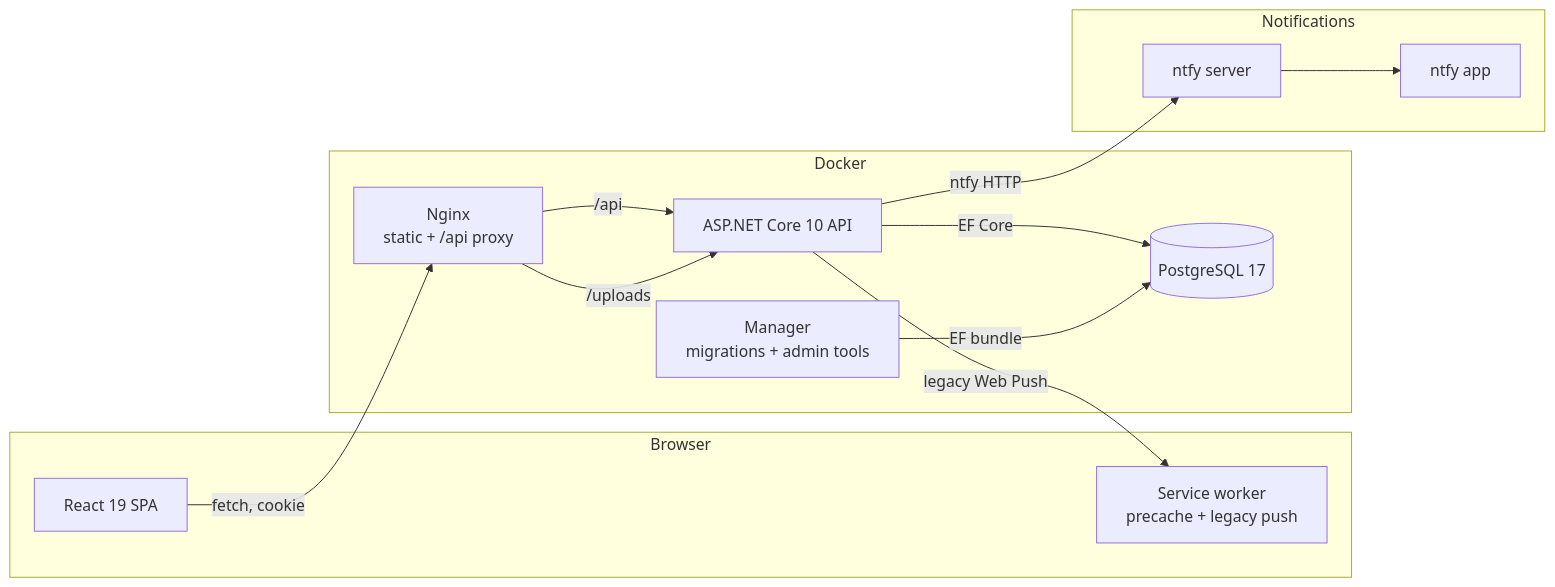
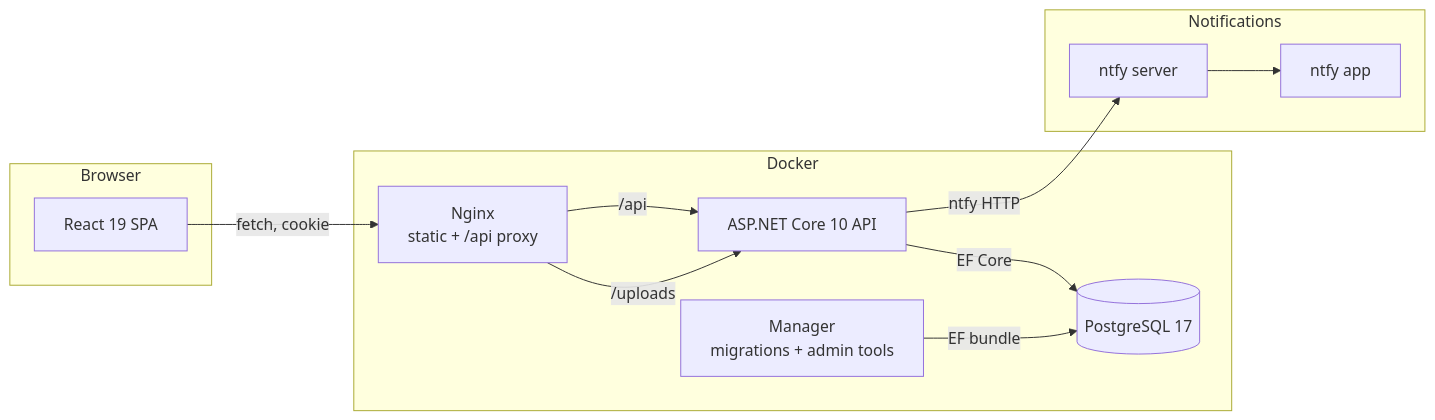
Before and after one commit to psampir/choruko: the diagram in docs/architecture.md, drawn with Mermaid. The commit also changed other lines of this file and 121 other files, not shown here.

````diff
--- a/docs/architecture.md
+++ b/docs/architecture.md
@@ -8,28 +8,26 @@
 ```mermaid
 flowchart LR
     subgraph Browser
         SPA[React 19 SPA]
-        SW[Service worker<br/>precache + legacy push]
     end
 
     subgraph Docker
         N[Nginx<br/>static + /api proxy]
         API[ASP.NET Core 10 API]
         MGR[Manager<br/>migrations + admin tools]
         DB[(PostgreSQL 17)]
     end
 
     subgraph Notifications
         NTFY[ntfy server]
         NTFYAPP[ntfy app]
     end
 
     SPA -->|fetch, cookie| N
     N -->|/api| API
     N -->|/uploads| API
     API -->|EF Core| DB
     MGR -->|EF bundle| DB
     API -->|ntfy HTTP| NTFY
     NTFY --> NTFYAPP
-    API -->|legacy Web Push| SW
 ```
````
